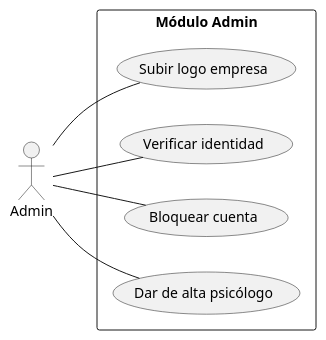
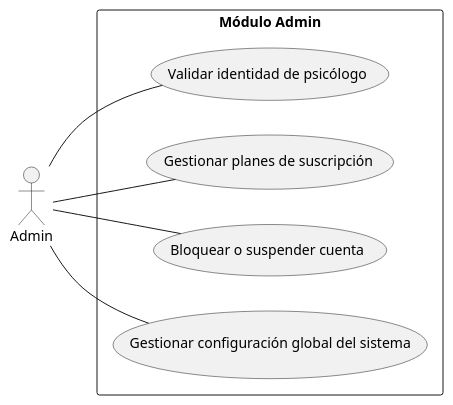
Before and after one commit to Sembrem-prj/base: the diagram in Casos_de_usos/diagrama_caso_uso_admin.puml, drawn with PlantUML. The commit also changed 2 other files, not shown here.

```diff
--- a/Casos_de_usos/diagrama_caso_uso_admin.puml
+++ b/Casos_de_usos/diagrama_caso_uso_admin.puml
@@ -1,13 +1,13 @@
 @startuml Admin
 left to right direction
 
 actor Admin as ad
 
 rectangle "Módulo Admin" {
-ad -- (Subir logo empresa)
-ad -- (Verificar identidad)
-ad -- (Bloquear cuenta)
-ad -- (Dar de alta psicólogo)
+ad -- (Validar identidad de psicólogo)
+ad -- (Gestionar planes de suscripción)
+ad -- (Bloquear o suspender cuenta)
+ad -- (Gestionar configuración global del sistema)
 }
 
 @enduml
```
